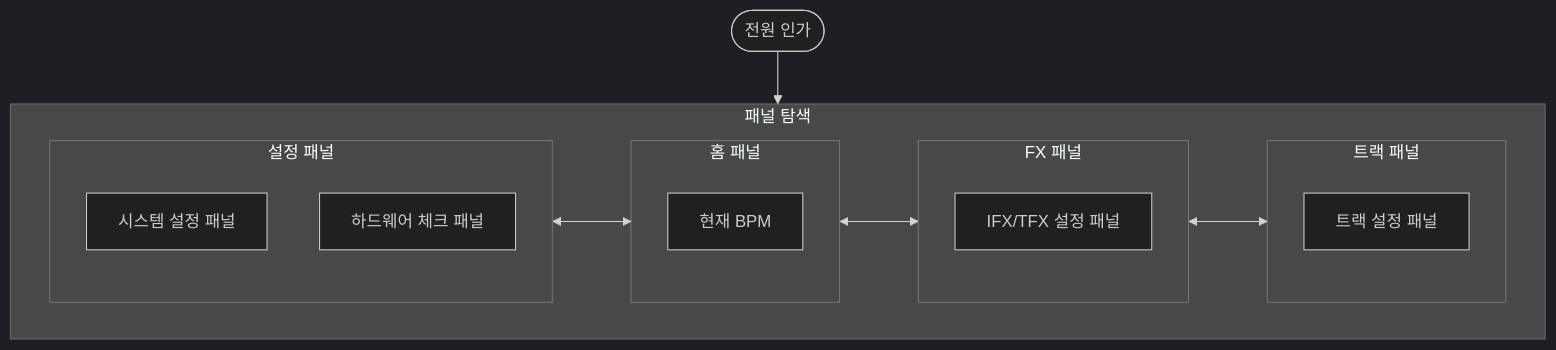
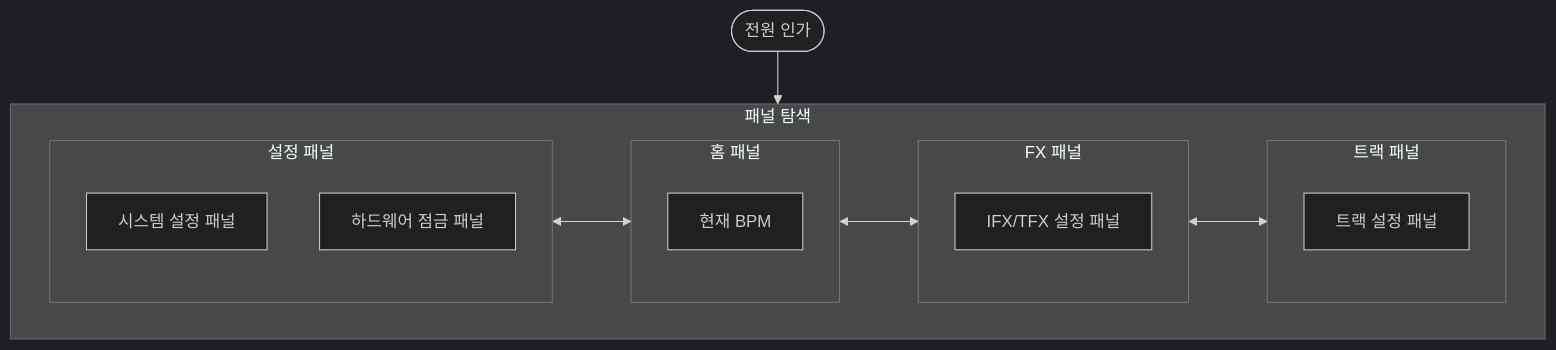
One commit to 10cheon00/rtos-loopstation changed the diagram in docs/ui_design.md. Above: the diagram before and after it, drawn with Mermaid (dark theme). The commit also changed other lines of this file and 1 other file, not shown here.

````diff
--- a/docs/ui_design.md
+++ b/docs/ui_design.md
@@ -17,31 +17,31 @@
 ```mermaid
 flowchart TB
     POWER(["전원 인가"])
 
     subgraph NAV["패널 탐색"]
         direction LR
 
         subgraph SETTING["설정 패널"]
             SYSTEM["시스템 설정 패널"]
-            HW["하드웨어 체크 패널"]
+            HW["하드웨어 점금 패널"]
         end
 
         subgraph HOME["홈 패널"]
             BPM["현재 BPM"]
         end
 
         subgraph FX["FX 패널"]
             FXSET["IFX/TFX 설정 패널"]
         end
 
         subgraph TRACK["트랙 패널"]
             TRACKSET["트랙 설정 패널"]
         end
 
         SETTING <--> HOME
         HOME <--> FX
         FX <--> TRACK
     end
 
     POWER --> HOME
 ```
````
